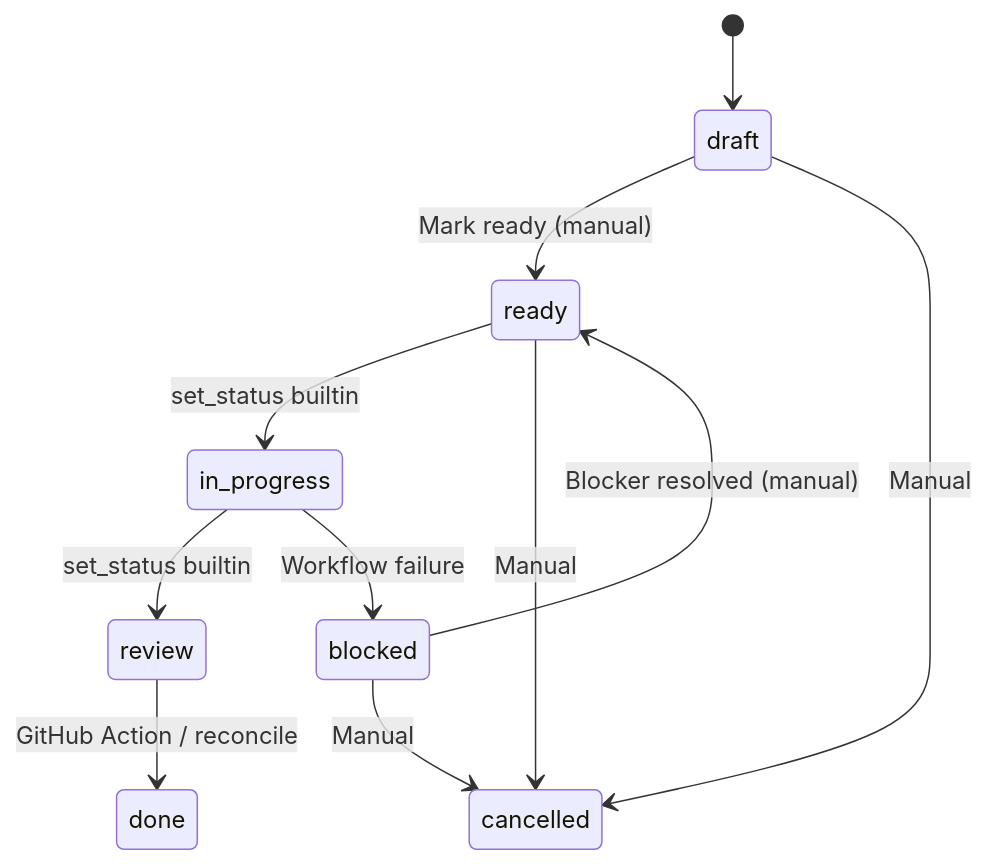
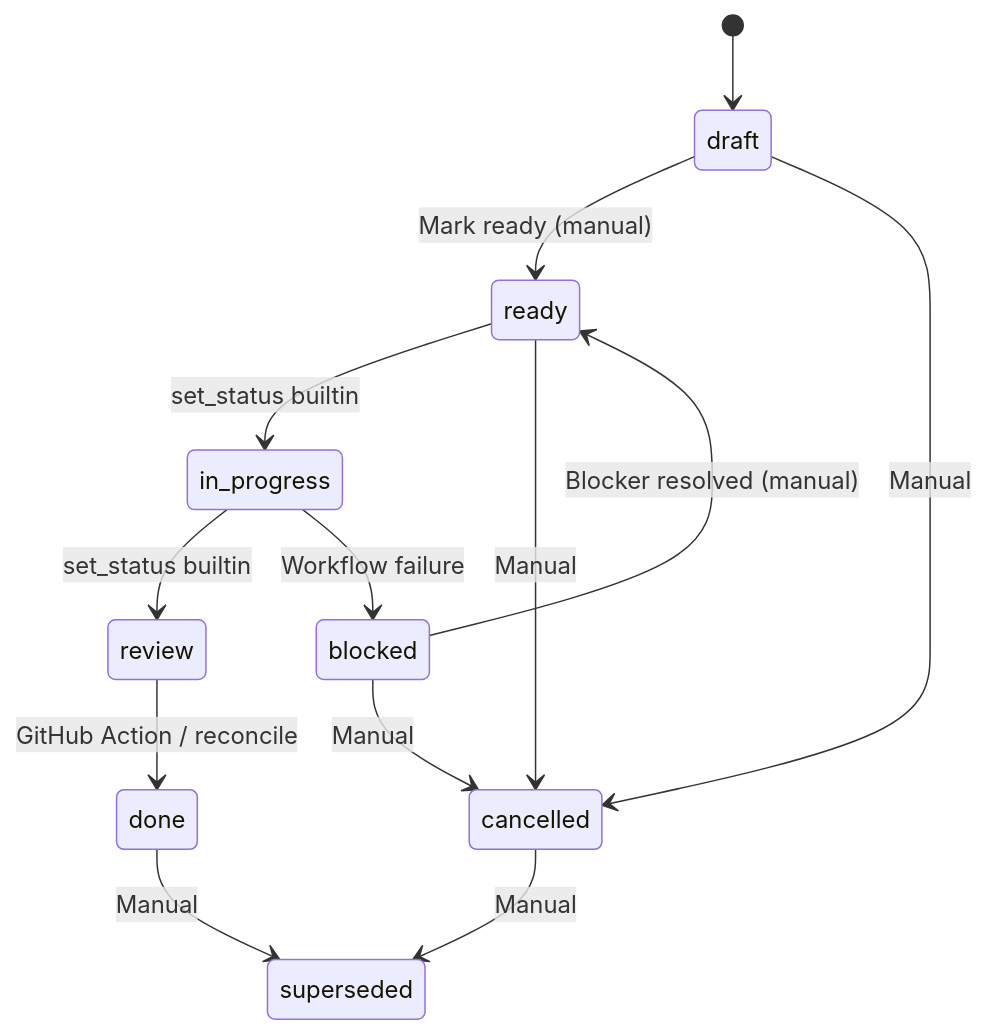
The diagram in site/src/content/docs/concepts/status-lifecycle.mdx (sksizer/DarkFactory), drawn with Mermaid before and after one commit. The commit also changed other lines of this file and 18 other files, not shown here.

````diff
--- a/site/src/content/docs/concepts/status-lifecycle.mdx
+++ b/site/src/content/docs/concepts/status-lifecycle.mdx
@@ -24,13 +25,15 @@
 ```mermaid
 stateDiagram-v2
     [*] --> draft
     draft --> ready: Mark ready (manual)
     ready --> in_progress: set_status builtin
     in_progress --> review: set_status builtin
     review --> done: GitHub Action / reconcile
     in_progress --> blocked: Workflow failure
     blocked --> ready: Blocker resolved (manual)
     draft --> cancelled: Manual
     ready --> cancelled: Manual
     blocked --> cancelled: Manual
+    done --> superseded: Manual
+    cancelled --> superseded: Manual
 ```
````
